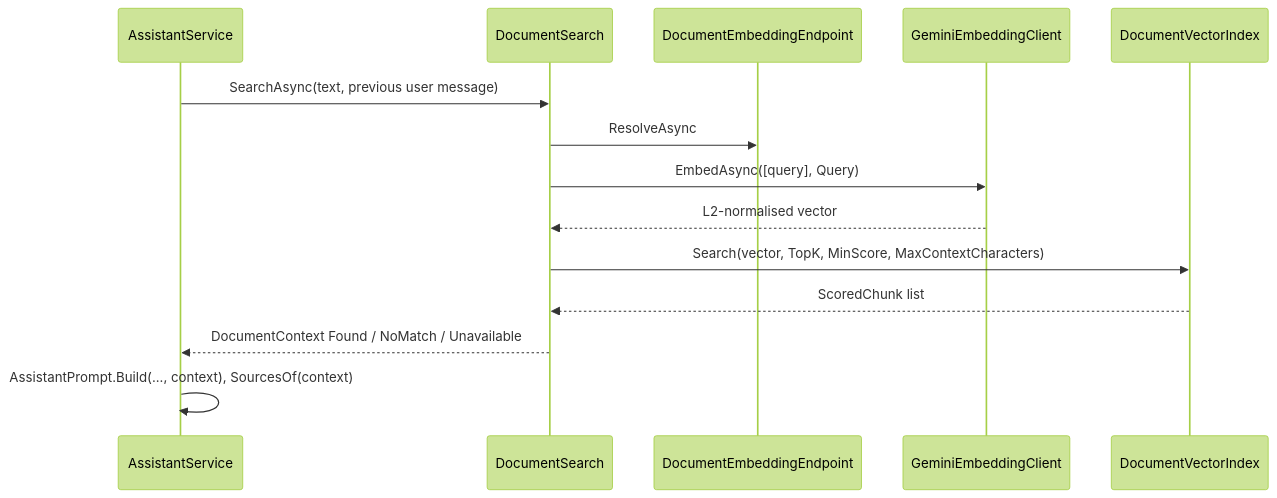
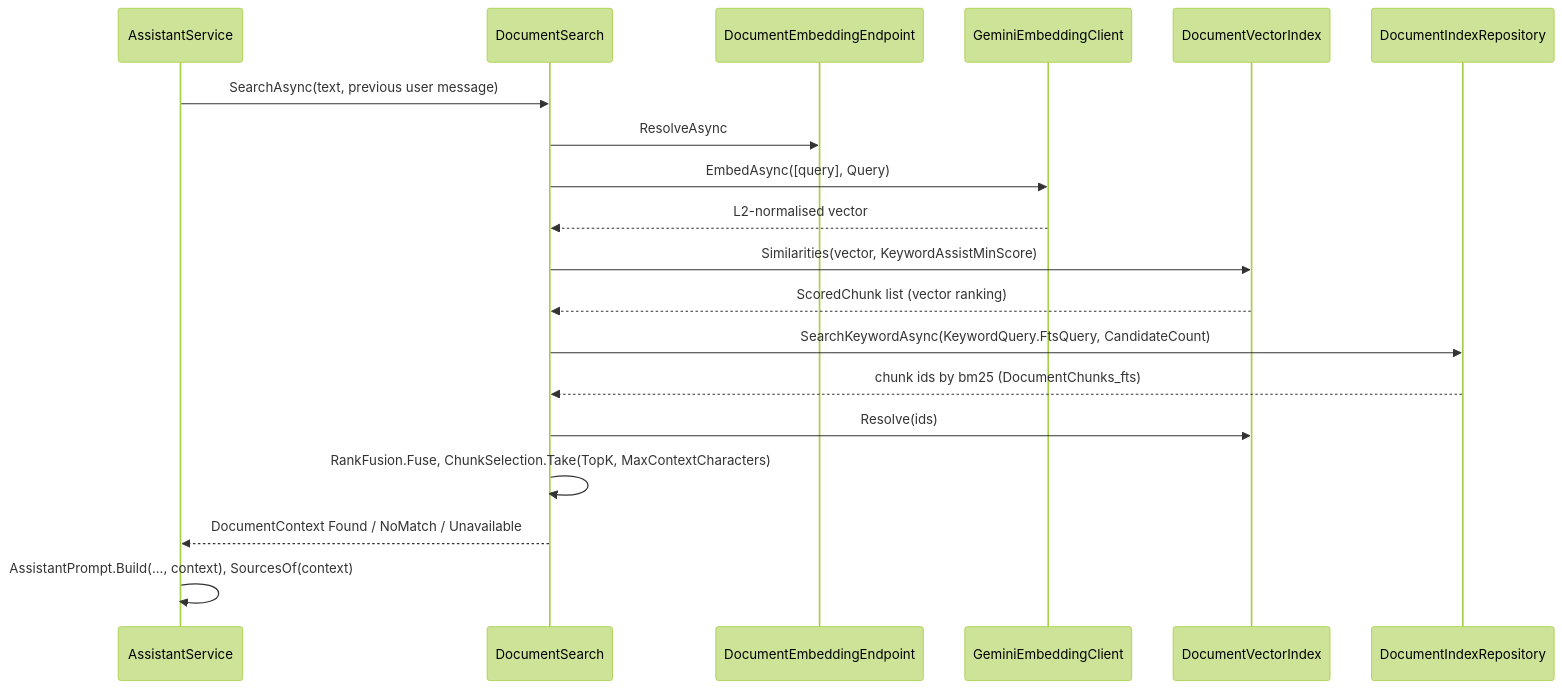
One commit to jojogeorge3344/TaskFlow-Project changed the eighth of 14 diagrams in TF - Documents/TF - LLD/08-TFA-Assistant/08.1-Assistant/LLD-Assistant.md. Above: the diagram before and after it, drawn with Mermaid (forest theme). The commit also changed other lines of this file and 25 other files, not shown here.

````diff
--- a/TF - Documents/TF - LLD/08-TFA-Assistant/08.1-Assistant/LLD-Assistant.md
+++ b/TF - Documents/TF - LLD/08-TFA-Assistant/08.1-Assistant/LLD-Assistant.md
@@ -844,16 +859,21 @@
 ```mermaid
 sequenceDiagram
   participant S as AssistantService
   participant D as DocumentSearch
   participant P as DocumentEmbeddingEndpoint
   participant E as GeminiEmbeddingClient
   participant V as DocumentVectorIndex
+  participant R as DocumentIndexRepository
   S->>D: SearchAsync(text, previous user message)
   D->>P: ResolveAsync
   D->>E: EmbedAsync([query], Query)
   E-->>D: L2-normalised vector
-  D->>V: Search(vector, TopK, MinScore, MaxContextCharacters)
-  V-->>D: ScoredChunk list
+  D->>V: Similarities(vector, KeywordAssistMinScore)
+  V-->>D: ScoredChunk list (vector ranking)
+  D->>R: SearchKeywordAsync(KeywordQuery.FtsQuery, CandidateCount)
+  R-->>D: chunk ids by bm25 (DocumentChunks_fts)
+  D->>V: Resolve(ids)
+  D->>D: RankFusion.Fuse, ChunkSelection.Take(TopK, MaxContextCharacters)
   D-->>S: DocumentContext Found / NoMatch / Unavailable
   S->>S: AssistantPrompt.Build(..., context), SourcesOf(context)
 ```
````
